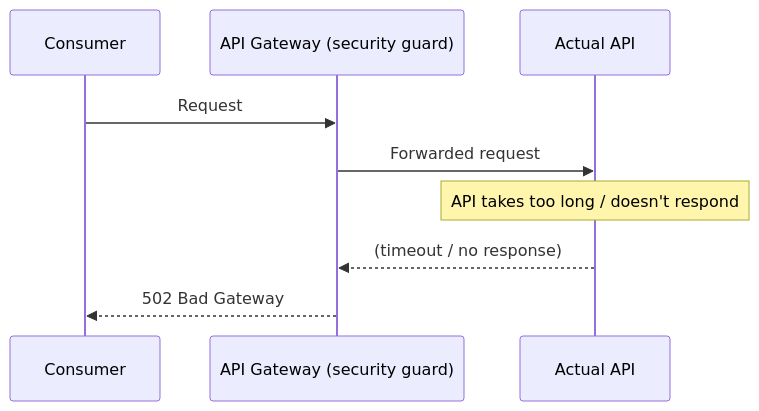
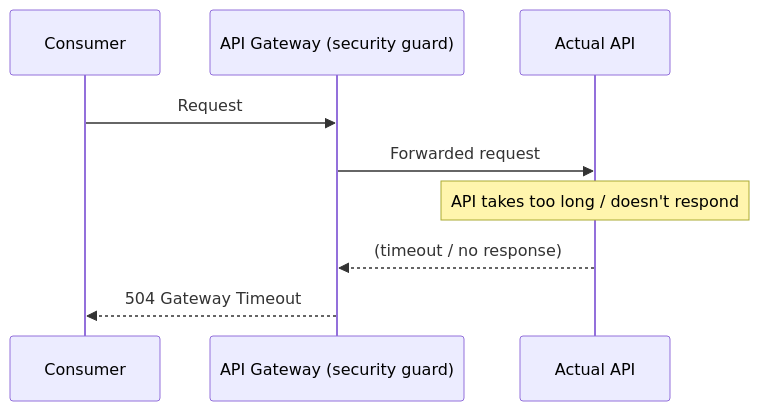
The seventh of 9 diagrams in detailed-notes/day06.md (developerashok99/green-c-mule-notes), drawn with Mermaid before and after one commit. The commit also changed other lines of this file and 26 other files, not shown here.

````diff
--- a/detailed-notes/day06.md
+++ b/detailed-notes/day06.md
@@ -142,12 +165,12 @@
 ```mermaid
 sequenceDiagram
     participant C as Consumer
     participant GW as API Gateway (security guard)
     participant API as Actual API
 
     C->>GW: Request
     GW->>API: Forwarded request
     Note over API: API takes too long / doesn't respond
     API-->>GW: (timeout / no response)
-    GW-->>C: 502 Bad Gateway
+    GW-->>C: 504 Gateway Timeout
 ```
````
